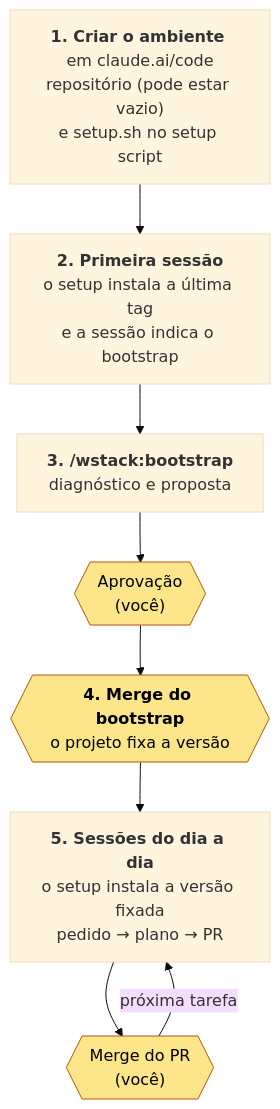
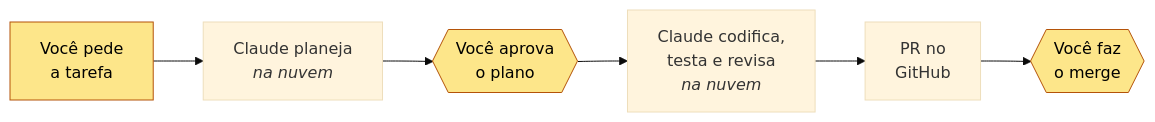
Before and after one commit to wesllenm/wstack: the first of 3 diagrams in README.md, drawn with Mermaid (base theme). The commit also changed other lines of this file, not shown here.

First line of the commit message:
docs: simplificar os diagramas do README (#20)

````diff
--- a/README.md
+++ b/README.md
@@ -60,13 +24,7 @@
 ```mermaid
-flowchart TD
-    A["<b>1. Criar o ambiente</b> em claude.ai/code<br/>repositório (pode estar vazio)<br/>e setup.sh no setup script"] --> B
-    B["<b>2. Primeira sessão</b><br/>o setup instala a última tag<br/>e a sessão indica o bootstrap"] --> C
-    C["<b>3. /wstack:bootstrap</b><br/>diagnóstico e proposta"] --> C2{{"Aprovação<br/>(você)"}}
-    C2 --> D{{"<b>4. Merge do bootstrap</b><br/>o projeto fixa a versão"}}
-    D --> E["<b>5. Sessões do dia a dia</b><br/>o setup instala a versão fixada<br/>pedido → plano → PR"]
-    E --> F{{"Merge do PR<br/>(você)"}}
-    F -->|próxima tarefa| E
+flowchart LR
+    A["Você pede<br/>a tarefa"] --> B["Claude planeja<br/><i>na nuvem</i>"] --> C{{"Você aprova<br/>o plano"}} --> D["Claude codifica,<br/>testa e revisa<br/><i>na nuvem</i>"] --> E["PR no<br/>GitHub"] --> F{{"Você faz<br/>o merge"}}
 
-    classDef humano fill:#fde68a,stroke:#b45309,color:#000
-    class C2,D,F humano
+    classDef voce fill:#fde68a,stroke:#b45309,color:#000
+    class A,C,F voce
 ```
````
